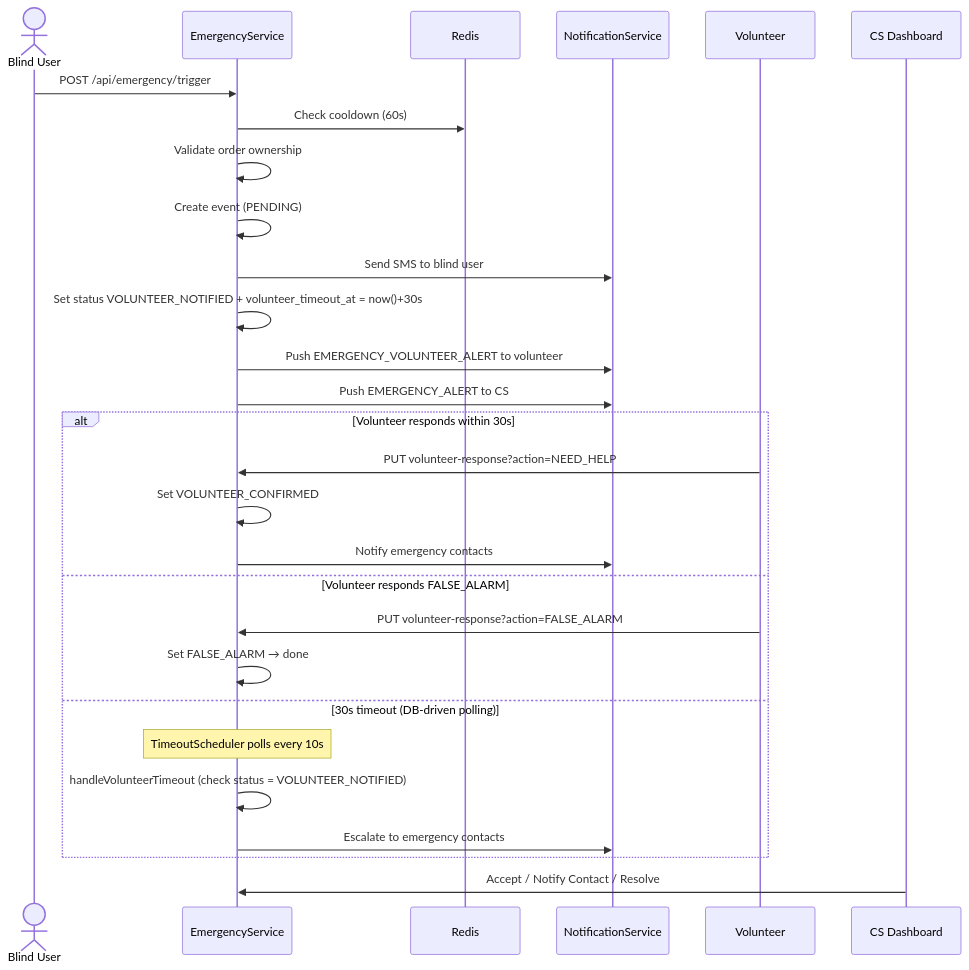
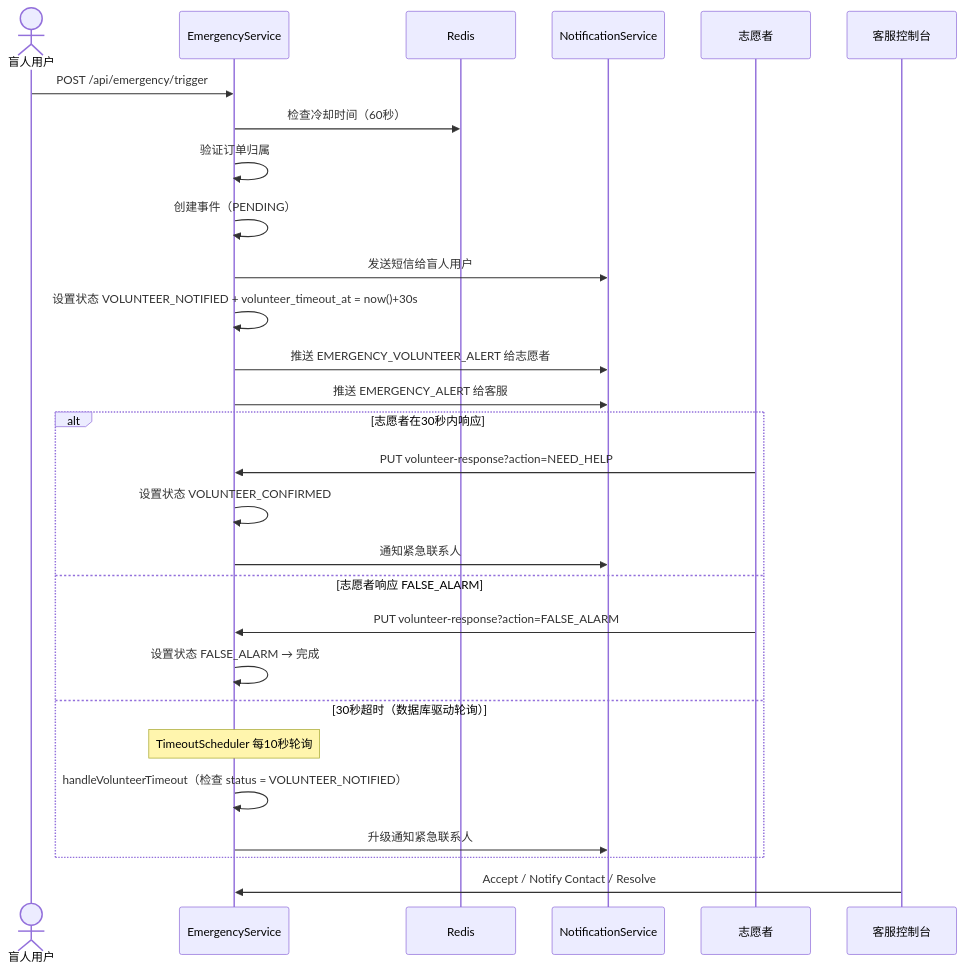
Before and after one commit to Jayden23018/blind-run-backend: the fifth of 7 diagrams in docs/ARCHITECTURE.md, drawn with Mermaid. The commit also changed other lines of this file and 122 other files, not shown here.

````diff
--- a/docs/ARCHITECTURE.md
+++ b/docs/ARCHITECTURE.md
@@ -295,33 +295,33 @@
 ```mermaid
 sequenceDiagram
-    actor Blind as Blind User
+    actor Blind as 盲人用户
     participant ES as EmergencyService
     participant Redis as Redis
     participant NS as NotificationService
-    participant Vol as Volunteer
-    participant CS as CS Dashboard
+    participant Vol as 志愿者
+    participant CS as 客服控制台
 
     Blind->>ES: POST /api/emergency/trigger
-    ES->>Redis: Check cooldown (60s)
-    ES->>ES: Validate order ownership
-    ES->>ES: Create event (PENDING)
-    ES->>NS: Send SMS to blind user
-    ES->>ES: Set status VOLUNTEER_NOTIFIED + volunteer_timeout_at = now()+30s
-    ES->>NS: Push EMERGENCY_VOLUNTEER_ALERT to volunteer
-    ES->>NS: Push EMERGENCY_ALERT to CS
+    ES->>Redis: 检查冷却时间（60秒）
+    ES->>ES: 验证订单归属
+    ES->>ES: 创建事件（PENDING）
+    ES->>NS: 发送短信给盲人用户
+    ES->>ES: 设置状态 VOLUNTEER_NOTIFIED + volunteer_timeout_at = now()+30s
+    ES->>NS: 推送 EMERGENCY_VOLUNTEER_ALERT 给志愿者
+    ES->>NS: 推送 EMERGENCY_ALERT 给客服
 
-    alt Volunteer responds within 30s
+    alt 志愿者在30秒内响应
         Vol->>ES: PUT volunteer-response?action=NEED_HELP
-        ES->>ES: Set VOLUNTEER_CONFIRMED
-        ES->>NS: Notify emergency contacts
-    else Volunteer responds FALSE_ALARM
+        ES->>ES: 设置状态 VOLUNTEER_CONFIRMED
+        ES->>NS: 通知紧急联系人
+    else 志愿者响应 FALSE_ALARM
         Vol->>ES: PUT volunteer-response?action=FALSE_ALARM
-        ES->>ES: Set FALSE_ALARM → done
-    else 30s timeout (DB-driven polling)
-        Note over ES: TimeoutScheduler polls every 10s
-        ES->>ES: handleVolunteerTimeout (check status = VOLUNTEER_NOTIFIED)
-        ES->>NS: Escalate to emergency contacts
+        ES->>ES: 设置状态 FALSE_ALARM → 完成
+    else 30秒超时（数据库驱动轮询）
+        Note over ES: TimeoutScheduler 每10秒轮询
+        ES->>ES: handleVolunteerTimeout（检查 status = VOLUNTEER_NOTIFIED）
+        ES->>NS: 升级通知紧急联系人
     end
 
     CS->>ES: Accept / Notify Contact / Resolve
 ```
````
